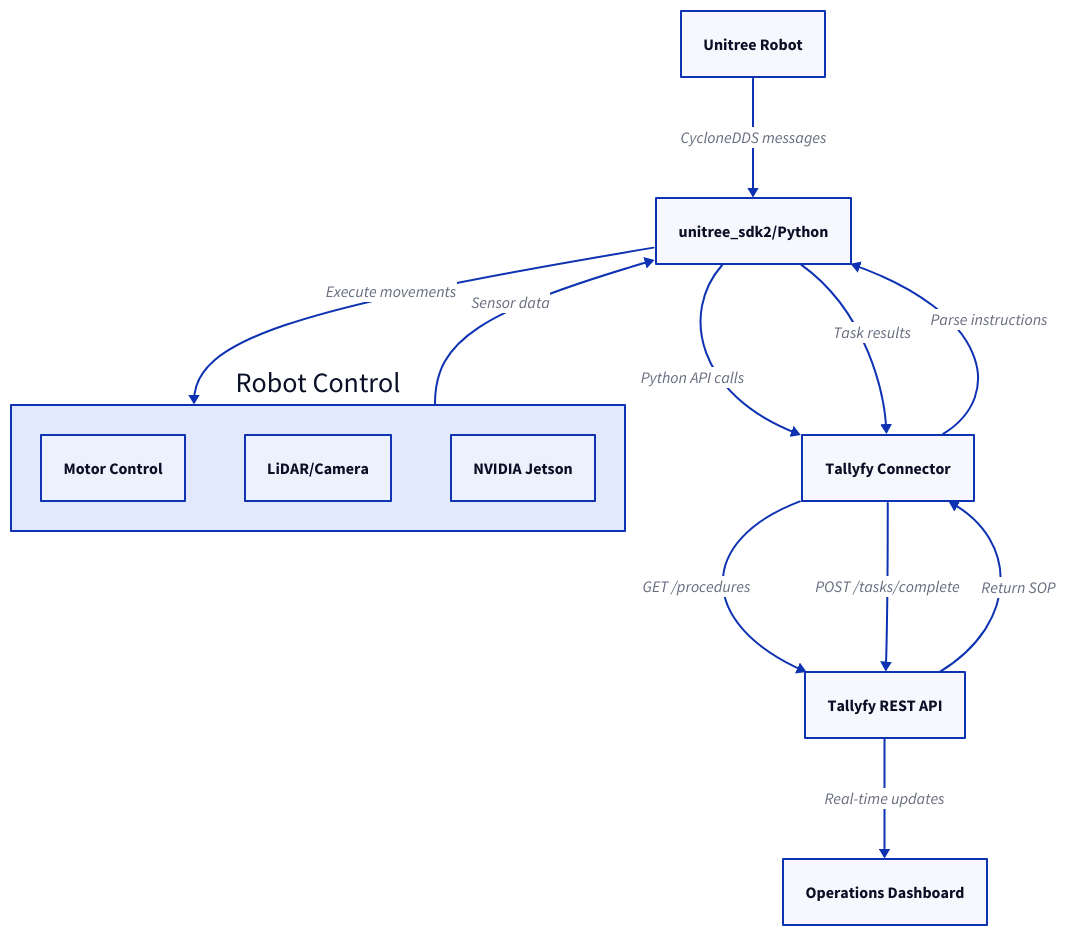
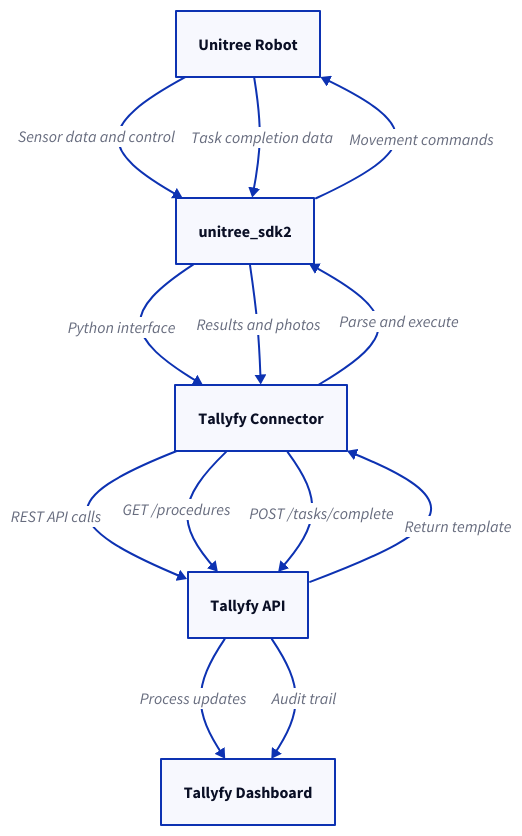
One commit to tallyfy/documentation changed the diagram in src/content/docs/pro/integrations/robotics/unitree.mdx. Above: the diagram before and after it, drawn with D2. The commit also changed other lines of this file and 10 other files, not shown here.

````diff
--- a/src/content/docs/pro/integrations/robotics/unitree.mdx
+++ b/src/content/docs/pro/integrations/robotics/unitree.mdx
@@ -154,26 +117,22 @@
 ```d2
-Unitree Robot: Unitree Robot
-SDK Layer: unitree_sdk2/Python
-Middleware: Tallyfy Connector
-Tallyfy API: Tallyfy REST API
-Dashboard: Operations Dashboard
+Robot: Unitree Robot
+SDK: unitree_sdk2
+Connector: Tallyfy Connector
+API: Tallyfy API
+Dashboard: Tallyfy Dashboard
 
-Robot Control: {
-  Movement: Motor Control
-  Sensors: LiDAR/Camera
-  AI: NVIDIA Jetson
-}
+Robot -> SDK: Sensor data and control
+SDK -> Connector: Python interface
+Connector -> API: REST API calls
+API -> Dashboard: Process updates
 
-Unitree Robot -> SDK Layer: CycloneDDS messages
-SDK Layer -> Middleware: Python API calls
+Connector -> API: GET /procedures
+API -> Connector: Return template
+Connector -> SDK: Parse and execute
+SDK -> Robot: Movement commands
 
-Middleware -> Tallyfy API: GET /procedures
-Tallyfy API -> Middleware: Return SOP
-Middleware -> SDK Layer: Parse instructions
-SDK Layer -> Robot Control: Execute movements
-
-Robot Control -> SDK Layer: Sensor data
-SDK Layer -> Middleware: Task results
-Middleware -> Tallyfy API: POST /tasks/complete
-Tallyfy API -> Dashboard: Real-time updates
+Robot -> SDK: Task completion data
+SDK -> Connector: Results and photos
+Connector -> API: POST /tasks/complete
+API -> Dashboard: Audit trail
 ```
````
